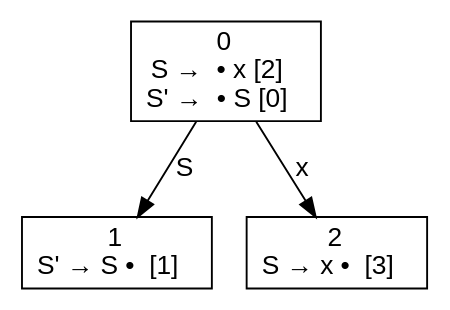
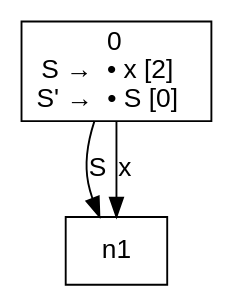
The diagram in PleaseWork/PleaseWork/g2.txt.dfa.dot (dragonsarebest/Compiler), drawn with Graphviz before and after one commit. The commit also changed 35 other files, not shown here.

```diff
--- a/PleaseWork/PleaseWork/g2.txt.dfa.dot
+++ b/PleaseWork/PleaseWork/g2.txt.dfa.dot
@@ -1,9 +1,7 @@
 digraph d{
 node [fontname=Helvetica,shape=box];
 edge [fontname=Helvetica];
 n0 [label=<0<br />S →  • x [2]<br />S' →  • S [0]>];
-n1 [label=<1<br />S' → S •  [1]>];
-n2 [label=<2<br />S → x •  [3]>];
 n0 -> n1 [label="S"];
-n0 -> n2 [label="x"];
+n0 -> n1 [label="x"];
 }
```
